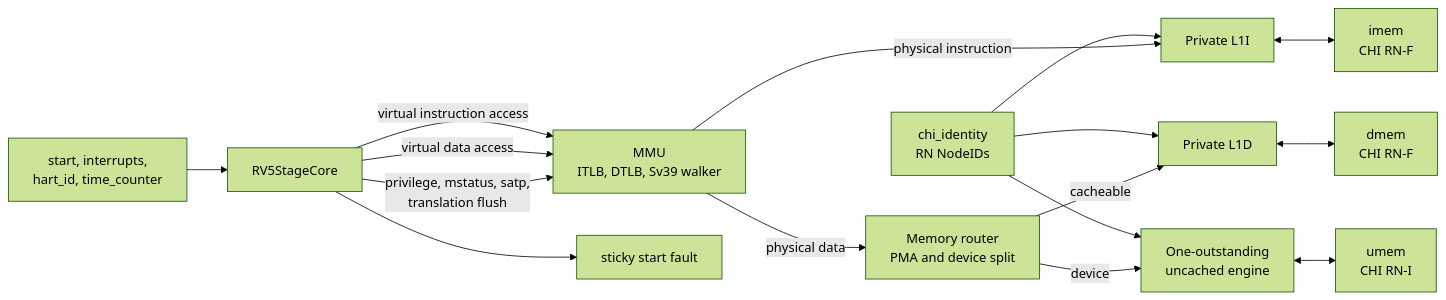
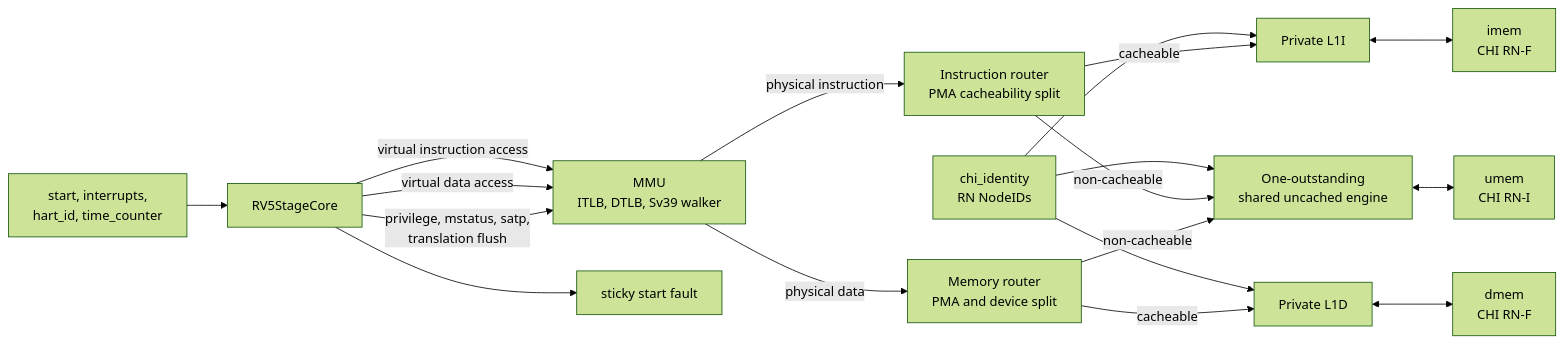
One commit to jerryz123/rhdl changed the second of 2 diagrams in cores/rv5stage/README.md. Above: the diagram before and after it, drawn with Mermaid (forest theme). The commit also changed other lines of this file and 34 other files, not shown here.

````diff
--- a/cores/rv5stage/README.md
+++ b/cores/rv5stage/README.md
@@ -221,22 +223,24 @@
 ```mermaid
 flowchart LR
     START["start, interrupts,<br/>hart_id, time_counter"] --> CORE["RV5StageCore"]
     IDENTITY["chi_identity<br/>RN NodeIDs"] --> L1I
     IDENTITY --> L1D
     IDENTITY --> UNCACHED
 
     CORE -->|"virtual instruction access"| MMU["MMU<br/>ITLB, DTLB, Sv39 walker"]
     CORE -->|"virtual data access"| MMU
     CORE -->|"privilege, mstatus, satp,<br/>translation flush"| MMU
 
-    MMU -->|"physical instruction"| L1I["Private L1I"]
+    MMU -->|"physical instruction"| IROUTER["Instruction router<br/>PMA cacheability split"]
+    IROUTER -->|"cacheable"| L1I["Private L1I"]
+    IROUTER -->|"non-cacheable"| UNCACHED["One-outstanding<br/>shared uncached engine"]
     MMU -->|"physical data"| ROUTER["Memory router<br/>PMA and device split"]
     ROUTER -->|"cacheable"| L1D["Private L1D"]
-    ROUTER -->|"device"| UNCACHED["One-outstanding<br/>uncached engine"]
+    ROUTER -->|"non-cacheable"| UNCACHED
 
     L1I <--> IMEM["imem<br/>CHI RN-F"]
     L1D <--> DMEM["dmem<br/>CHI RN-F"]
     UNCACHED <--> UMEM["umem<br/>CHI RN-I"]
 
     CORE --> FAULT["sticky start fault"]
 ```
````
